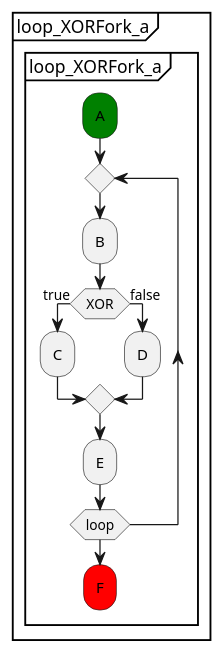
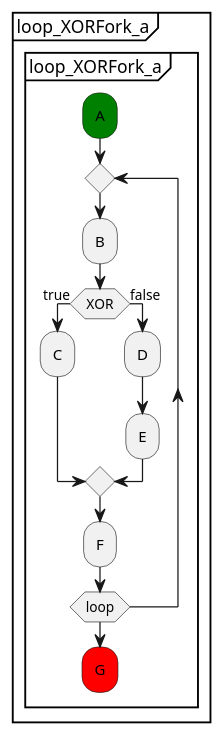
The diagram in puml_files/loop_XORFork_a.puml (xtuml/otel2puml), drawn with PlantUML before and after one commit. The commit also changed 7 other files, not shown here.

```diff
--- a/puml_files/loop_XORFork_a.puml
+++ b/puml_files/loop_XORFork_a.puml
@@ -1,17 +1,18 @@
 @startuml
 partition "loop_XORFork_a" {
     group "loop_XORFork_a"
         #green:A;
         repeat
             :B;
             if (XOR) then (true)
                 :C;
             else (false)
                 :D;
+                :E;
             endif
-            :E;
+            :F;
         repeat while (loop)
-        #red:F;
+        #red:G;
     end group
 }
 @enduml
```
